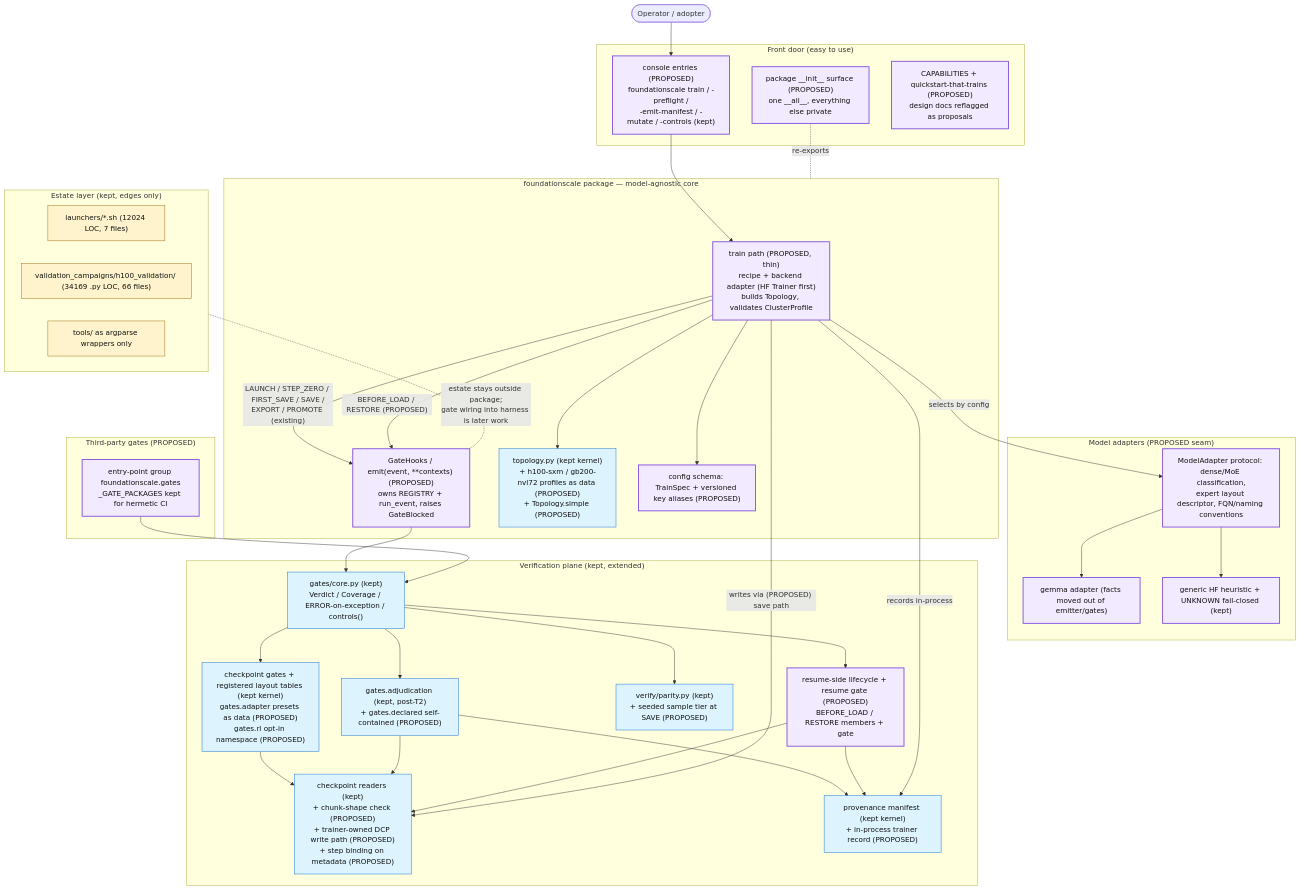
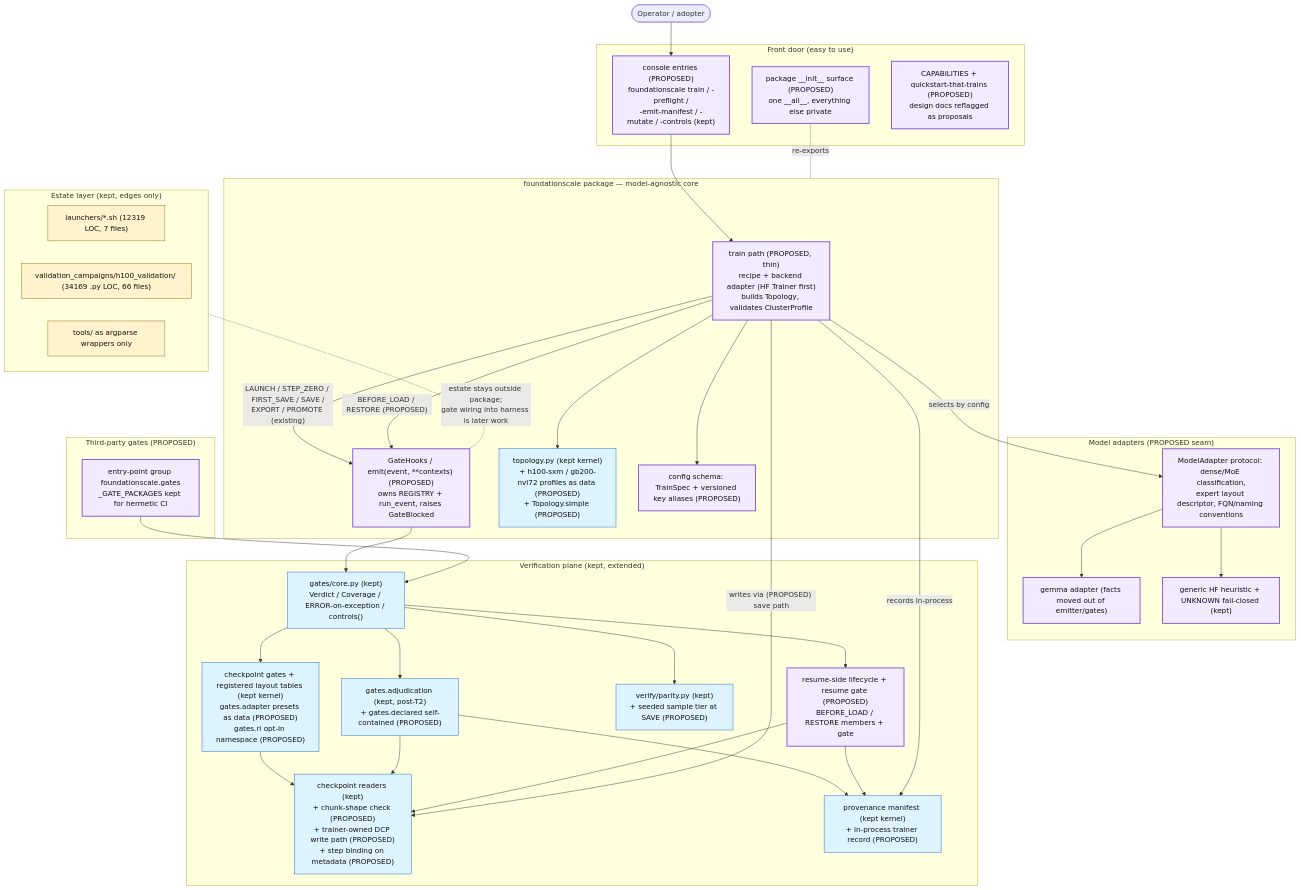
The diagram in docs/review/D5_proposed_architecture.md (TranNhiem/FoundationScale), drawn with Mermaid before and after one commit. The commit also changed other lines of this file and 28 other files, not shown here.

````diff
--- a/docs/review/D5_proposed_architecture.md
+++ b/docs/review/D5_proposed_architecture.md
@@ -13,74 +13,74 @@
 ```mermaid
 flowchart TB
   U(["Operator / adopter"])
 
   subgraph FRONT["Front door (easy to use)"]
     CLI["console entries (PROPOSED)<br/>foundationscale train / -preflight /<br/>-emit-manifest / -mutate / -controls (kept)"]
     SURF["package __init__ surface (PROPOSED)<br/>one __all__, everything else private"]
     DOCS["CAPABILITIES + quickstart-that-trains (PROPOSED)<br/>design docs reflagged as proposals"]
   end
 
   subgraph CORE["foundationscale package — model-agnostic core"]
     TRAIN["train path (PROPOSED, thin)<br/>recipe + backend adapter (HF Trainer first)<br/>builds Topology, validates ClusterProfile"]
     HOOKS["GateHooks / emit(event, **contexts) (PROPOSED)<br/>owns REGISTRY + run_event, raises GateBlocked"]
     TOPO["topology.py (kept kernel)<br/>+ h100-sxm / gb200-nvl72 profiles as data (PROPOSED)<br/>+ Topology.simple (PROPOSED)"]
     CONFIG["config schema: TrainSpec + versioned key aliases (PROPOSED)"]
   end
 
   subgraph ADAPT["Model adapters (PROPOSED seam)"]
     MA["ModelAdapter protocol: dense/MoE classification,<br/>expert layout descriptor, FQN/naming conventions"]
     GEM["gemma adapter (facts moved out of emitter/gates)"]
     HF["generic HF heuristic + UNKNOWN fail-closed (kept)"]
   end
 
   subgraph VERIFY["Verification plane (kept, extended)"]
     GCORE["gates/core.py (kept)<br/>Verdict / Coverage / ERROR-on-exception / controls()"]
     GCK["checkpoint gates + registered layout tables (kept kernel)<br/>gates.adapter presets as data (PROPOSED)<br/>gates.rl opt-in namespace (PROPOSED)"]
     ADJ["gates.adjudication (kept, post-T2)<br/>+ gates.declared self-contained (PROPOSED)"]
     PAR["verify/parity.py (kept)<br/>+ seeded sample tier at SAVE (PROPOSED)"]
     CKIO["checkpoint readers (kept)<br/>+ chunk-shape check (PROPOSED)<br/>+ trainer-owned DCP write path (PROPOSED)<br/>+ step binding on metadata (PROPOSED)"]
     PROV["provenance manifest (kept kernel)<br/>+ in-process trainer record (PROPOSED)"]
     RES["resume-side lifecycle + resume gate (PROPOSED)<br/>BEFORE_LOAD / RESTORE members + gate"]
   end
 
   subgraph PLUG["Third-party gates (PROPOSED)"]
     EP["entry-point group foundationscale.gates<br/>_GATE_PACKAGES kept for hermetic CI"]
   end
 
   subgraph ESTATE["Estate layer (kept, edges only)"]
-    LAU["launchers/*.sh (12024 LOC, 7 files)"]
+    LAU["launchers/*.sh (12319 LOC, 7 files)"]
     H100["validation_campaigns/h100_validation/ (34169 .py LOC, 66 files)"]
     WRAP["tools/ as argparse wrappers only"]
   end
 
   U --> CLI --> TRAIN
   SURF -. re-exports .- CORE
   TRAIN --> TOPO
   TRAIN --> CONFIG
   TRAIN -- "selects by config" --> MA
   MA --> GEM
   MA --> HF
   TRAIN -- "LAUNCH / STEP_ZERO / FIRST_SAVE / SAVE /<br/>EXPORT / PROMOTE (existing)" --> HOOKS
   TRAIN -- "BEFORE_LOAD / RESTORE (PROPOSED)" --> HOOKS
   HOOKS --> GCORE
   EP --> GCORE
   GCORE --> GCK
   GCORE --> ADJ
   GCORE --> PAR
   GCORE --> RES
   GCK --> CKIO
   ADJ --> CKIO
   ADJ --> PROV
   RES --> CKIO
   RES --> PROV
   TRAIN -- "writes via (PROPOSED) save path" --> CKIO
   TRAIN -- "records in-process" --> PROV
   ESTATE -. "estate stays outside package;<br/>gate wiring into harness is later work" .- HOOKS
 
   classDef new fill:#f2eaff,stroke:#8250df,stroke-width:2px,color:#111;
   classDef kept fill:#ddf4ff,stroke:#0969da,color:#111;
   classDef estate fill:#fff3cd,stroke:#9a6700,color:#111;
   class TRAIN,HOOKS,CLI,SURF,DOCS,MA,GEM,HF,RES,EP,CONFIG new;
   class GCORE,GCK,ADJ,PAR,CKIO,PROV,TOPO kept;
   class LAU,H100,WRAP estate;
 ```
````
